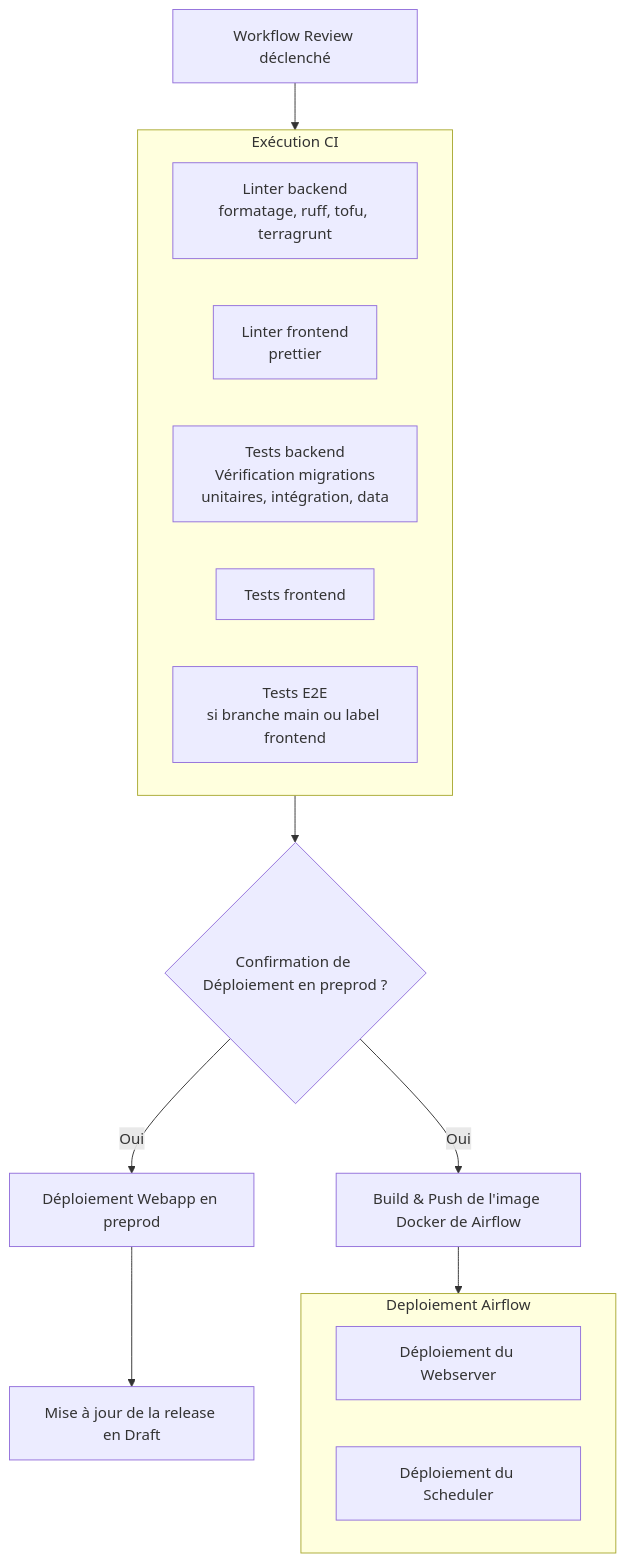
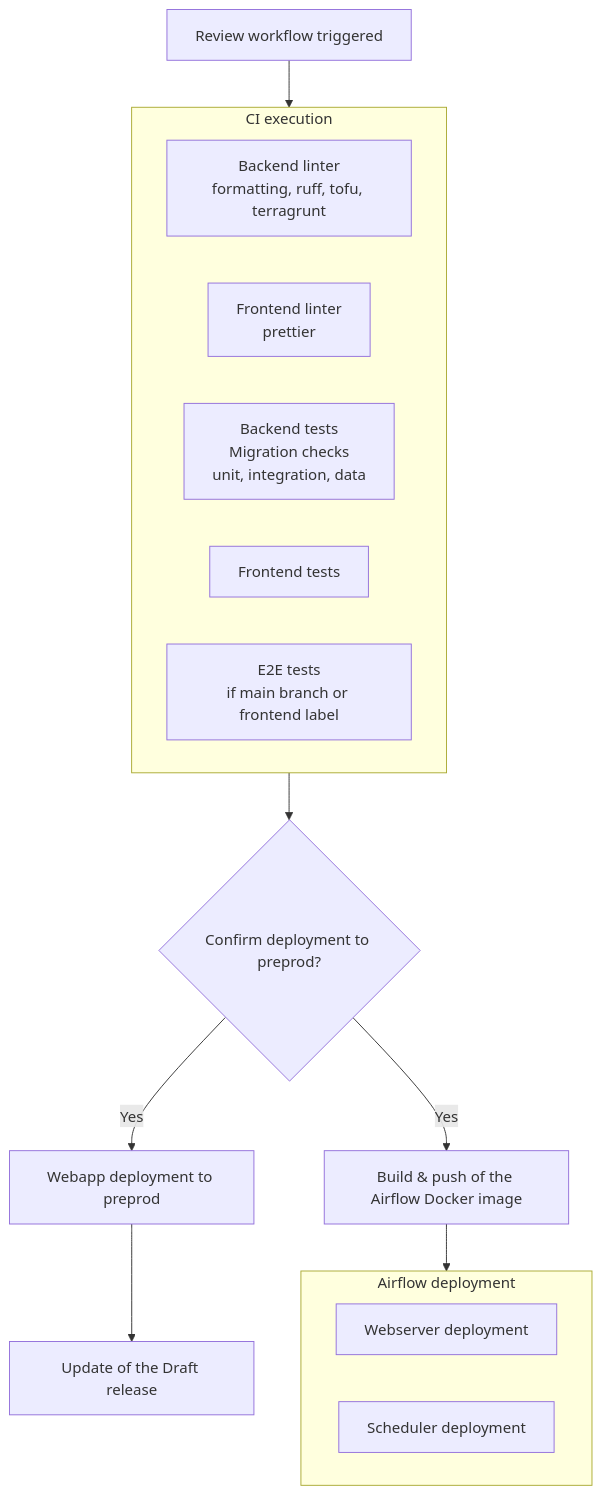
One commit to incubateur-ademe/quefairedemesobjets changed the first of 3 diagrams in docs/reference/infrastructure/ci-cd.md. Above: the diagram before and after it, drawn with Mermaid. The commit also changed other lines of this file and 1393 other files, not shown here.

````diff
--- a/docs/reference/infrastructure/ci-cd.md
+++ b/docs/reference/infrastructure/ci-cd.md
@@ -13,24 +13,24 @@
 ```mermaid
 graph TD
-    B[Workflow Review déclenché] --> C
+    B[Review workflow triggered] --> C
 
-    subgraph C["Exécution CI"]
-        C1[Linter backend<br/>formatage, ruff, tofu, terragrunt]
-        C2[Linter frontend<br/>prettier]
-        C3["Tests backend<br/>Vérification migrations<br/>unitaires, intégration, data"]
-        C4[Tests frontend]
-        C5[Tests E2E<br/>si branche main ou label frontend]
+    subgraph C["CI execution"]
+        C1[Backend linter<br/>formatting, ruff, tofu, terragrunt]
+        C2[Frontend linter<br/>prettier]
+        C3["Backend tests<br/>Migration checks<br/>unit, integration, data"]
+        C4[Frontend tests]
+        C5[E2E tests<br/>if main branch or frontend label]
 
     end
 
-    subgraph E[Deploiement Airflow]
-        E1[Déploiement du Webserver]
-        E2[Déploiement du Scheduler]
+    subgraph E[Airflow deployment]
+        E1[Webserver deployment]
+        E2[Scheduler deployment]
     end
 
-    C --> D{Confirmation de Déploiement en preprod ?}
-    D -->|Oui| F[Déploiement Webapp en preprod]
-    D -->|Oui| G[Build & Push de l'image Docker de Airflow]
-    G --> E[Deploiement de Airflow sur Scaleway]
-    F --> H[Mise à jour de la release en Draft]
+    C --> D{Confirm deployment to preprod?}
+    D -->|Yes| F[Webapp deployment to preprod]
+    D -->|Yes| G[Build & push of the Airflow Docker image]
+    G --> E[Deployment of Airflow on Scaleway]
+    F --> H[Update of the Draft release]
 ```
````
